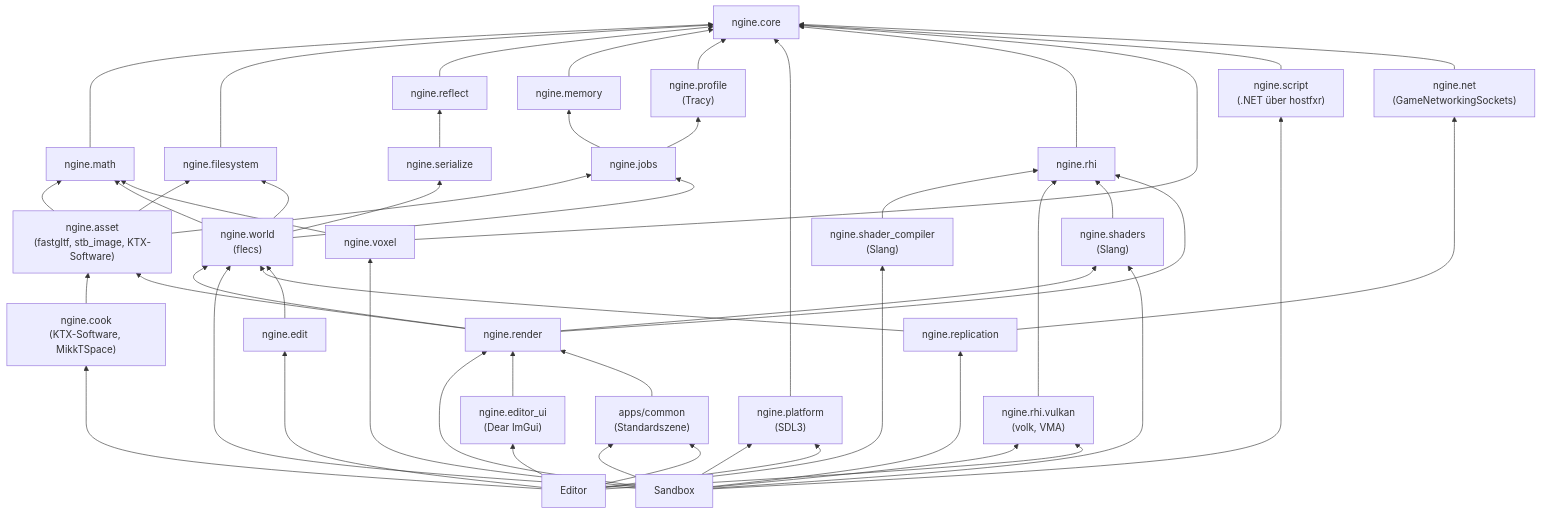
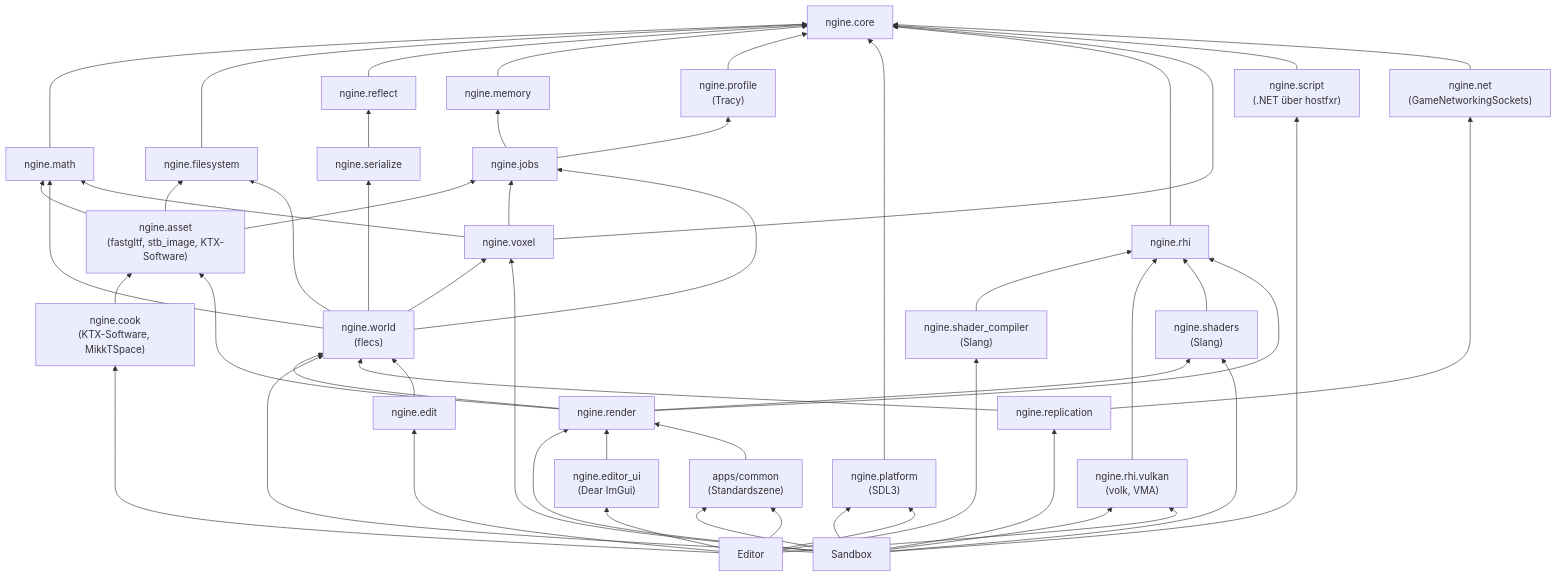
Before and after one commit to viiez/ngine: the second of 14 diagrams in docs/architecture.md, drawn with Mermaid. The commit also changed other lines of this file and 56 other files, not shown here.

````diff
--- a/docs/architecture.md
+++ b/docs/architecture.md
@@ -55,79 +55,81 @@
 ```mermaid
 flowchart BT
     core["ngine.core"]
     memory["ngine.memory"]
     jobs["ngine.jobs"]
     profile["ngine.profile<br/>(Tracy)"]
     platform["ngine.platform<br/>(SDL3)"]
     rhi["ngine.rhi"]
     vulkan["ngine.rhi.vulkan<br/>(volk, VMA)"]
     shaders["ngine.shaders<br/>(Slang)"]
     fs["ngine.filesystem"]
     reflect["ngine.reflect"]
     serialize["ngine.serialize"]
     world["ngine.world<br/>(flecs)"]
     voxel["ngine.voxel"]
     script["ngine.script<br/>(.NET über hostfxr)"]
     net["ngine.net<br/>(GameNetworkingSockets)"]
     replication["ngine.replication"]
     sandbox["Sandbox"]
     editor["Editor"]
     common["apps/common<br/>(Standardszene)"]
     editor_ui["ngine.editor_ui<br/>(Dear ImGui)"]
     edit["ngine.edit"]
     math["ngine.math"]
     render["ngine.render"]
     asset["ngine.asset<br/>(fastgltf, stb_image, KTX-Software)"]
     cook["ngine.cook<br/>(KTX-Software, MikkTSpace)"]
     cook --> asset
     editor --> cook
     math --> core
     asset --> math
     asset --> fs
     asset --> jobs
     shader_compiler["ngine.shader_compiler<br/>(Slang)"]
     shader_compiler --> rhi
     editor --> shader_compiler
     render --> asset
     render --> world
     render --> shaders
     world --> math
     voxel --> math
+    voxel --> jobs
+    world --> voxel
     fs --> core
     reflect --> core
     serialize --> reflect
     world --> serialize
     world --> jobs
     world --> fs
     memory --> core
     jobs --> memory
     jobs --> profile
     profile --> core
     platform --> core
     rhi --> core
     vulkan --> rhi
     shaders --> rhi
     render --> rhi
     sandbox --> render
     sandbox --> platform
     sandbox --> vulkan
     sandbox --> shaders
     sandbox --> world
     voxel --> core
     sandbox --> voxel
     script --> core
     sandbox --> script
     net --> core
     replication --> net
     replication --> world
     sandbox --> replication
     editor_ui --> render
     sandbox --> common
     editor --> common
     common --> render
     editor --> editor_ui
     editor --> edit
     edit --> world
     editor --> platform
     editor --> vulkan
 ```
````
